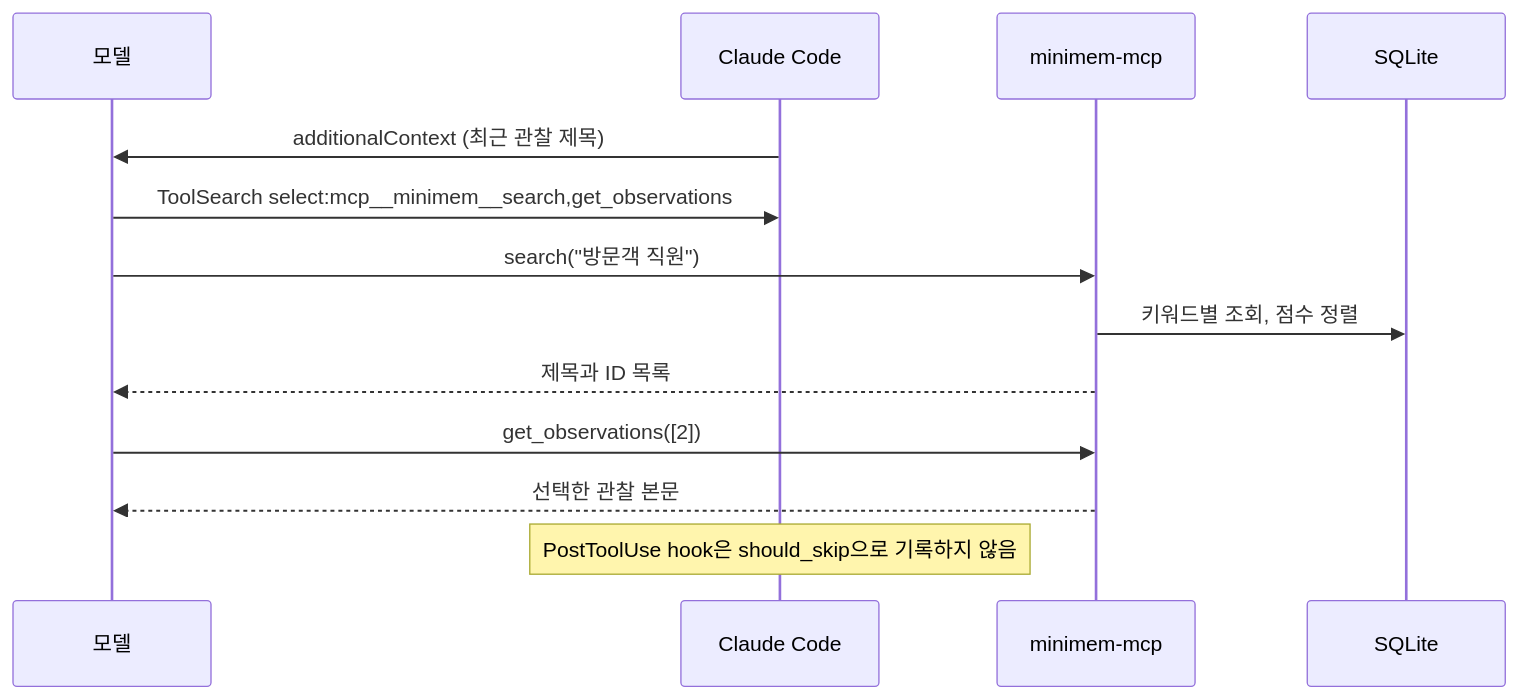
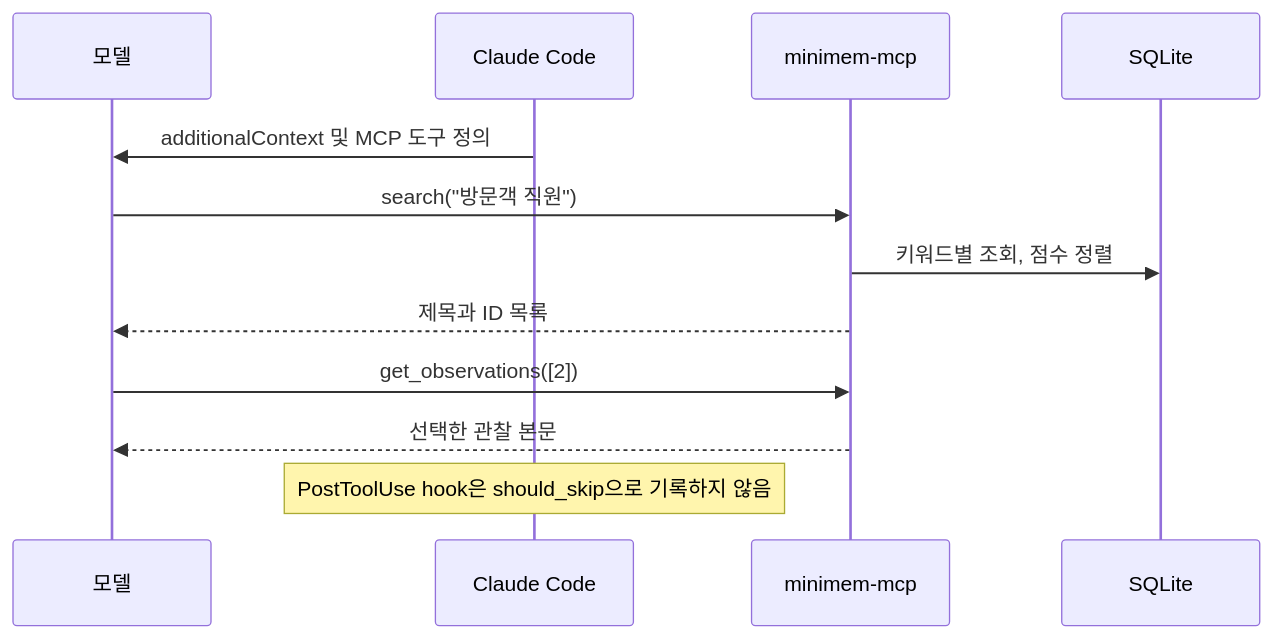
Before and after one commit to choisungwook/portfolio: the diagram in computer_science/ai/claude-mem-agent-memory/docs/6-mcp-search.md, drawn with Mermaid. The commit also changed 3 other files, not shown here.

````diff
--- a/computer_science/ai/claude-mem-agent-memory/docs/6-mcp-search.md
+++ b/computer_science/ai/claude-mem-agent-memory/docs/6-mcp-search.md
@@ -73,15 +73,14 @@
 ```mermaid
 sequenceDiagram
   participant M as 모델
   participant CC as Claude Code
   participant S as minimem-mcp
   participant DB as SQLite
-  CC->>M: additionalContext (최근 관찰 제목)
-  M->>CC: ToolSearch select:mcp__minimem__search,get_observations
+  CC->>M: additionalContext 및 MCP 도구 정의
   M->>S: search("방문객 직원")
   S->>DB: 키워드별 조회, 점수 정렬
   S-->>M: 제목과 ID 목록
   M->>S: get_observations([2])
   S-->>M: 선택한 관찰 본문
   Note over CC: PostToolUse hook은 should_skip으로 기록하지 않음
 ```
````
